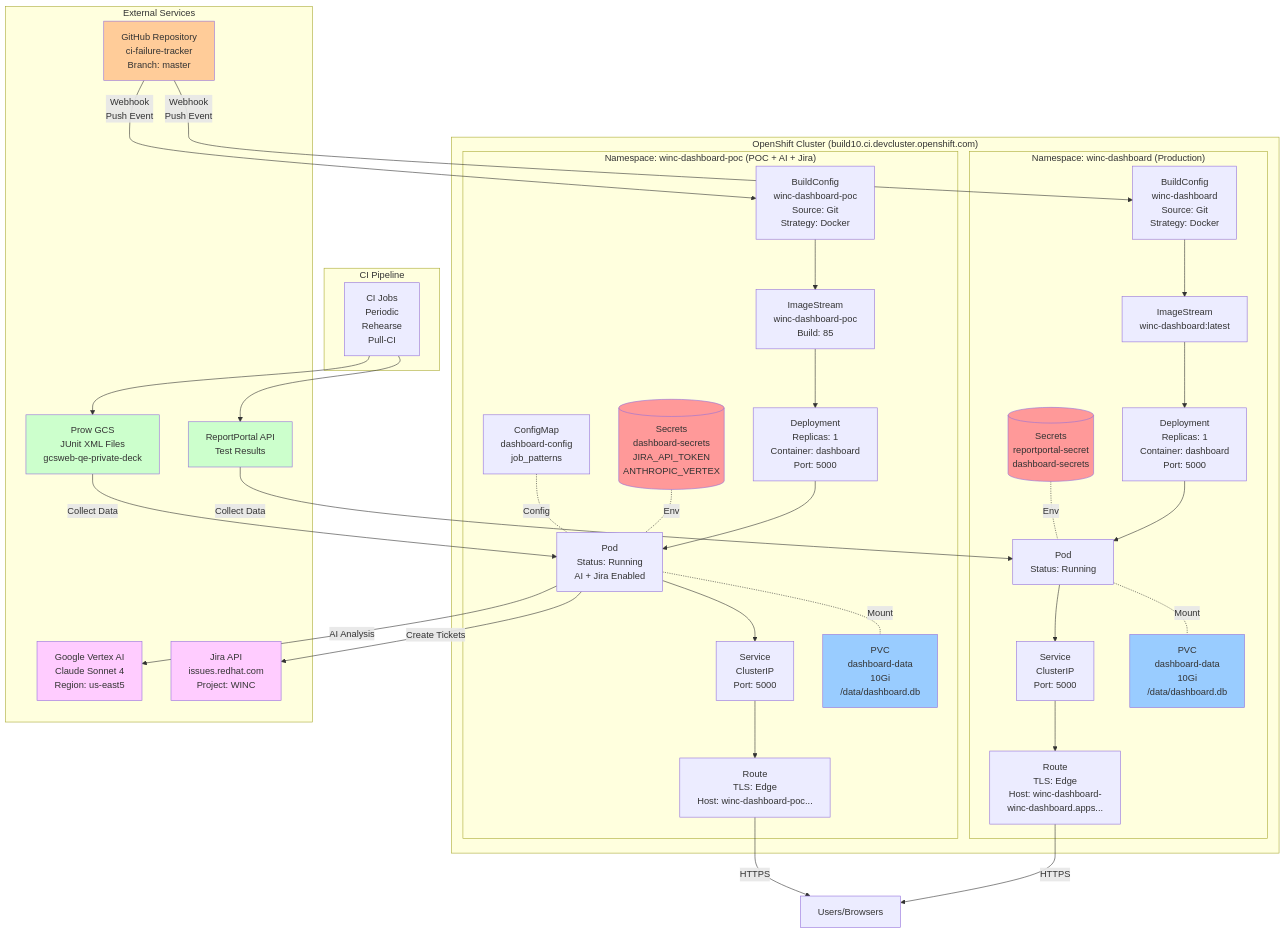
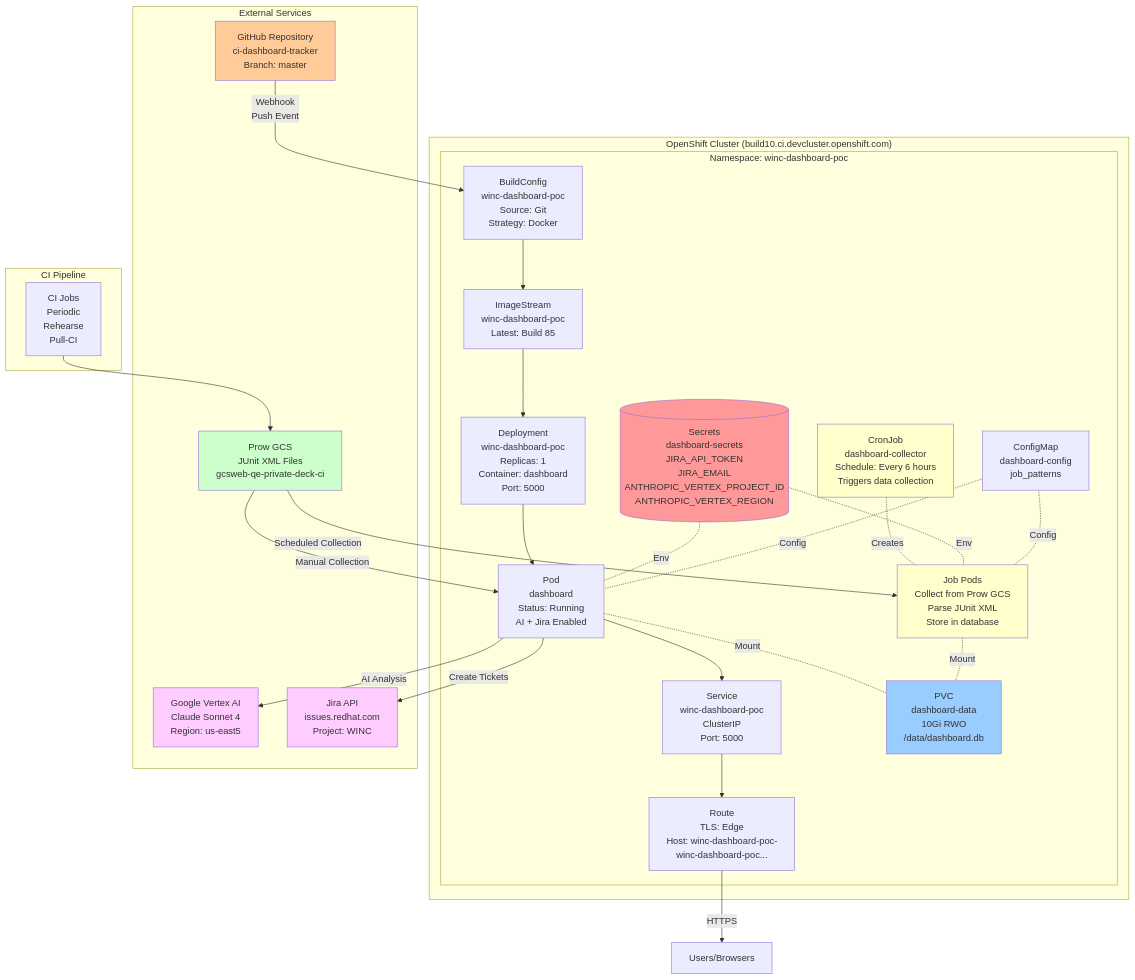
Before and after one commit to redhat-community-ai-tools/ci-dashboard-tracker: the diagram in diagrams/openshift-architecture.mmd, drawn with Mermaid. The commit also changed 6 other files, not shown here.

First line of the commit message:
Simplify architecture: single dashboard deployment, remove ReportPortal, add CronJob

```diff
--- a/diagrams/openshift-architecture.mmd
+++ b/diagrams/openshift-architecture.mmd
@@ -1,78 +1,65 @@
 graph TB
     subgraph "OpenShift Cluster (build10.ci.devcluster.openshift.com)"
-        subgraph "Namespace: winc-dashboard (Production)"
-            ProdSecrets[("Secrets<br/>reportportal-secret<br/>dashboard-secrets")]
-            ProdBuild[BuildConfig<br/>winc-dashboard<br/>Source: Git<br/>Strategy: Docker]
-            ProdImage[ImageStream<br/>winc-dashboard:latest]
-            ProdDeploy[Deployment<br/>Replicas: 1<br/>Container: dashboard<br/>Port: 5000]
-            ProdPod[Pod<br/>Status: Running]
-            ProdService[Service<br/>ClusterIP<br/>Port: 5000]
-            ProdRoute[Route<br/>TLS: Edge<br/>Host: winc-dashboard-<br/>winc-dashboard.apps...]
-            ProdPVC[PVC<br/>dashboard-data<br/>10Gi<br/>/data/dashboard.db]
+        subgraph "Namespace: winc-dashboard-poc"
+            Secrets[("Secrets<br/>dashboard-secrets<br/>JIRA_API_TOKEN<br/>JIRA_EMAIL<br/>ANTHROPIC_VERTEX_PROJECT_ID<br/>ANTHROPIC_VERTEX_REGION")]
+            Config[ConfigMap<br/>dashboard-config<br/>job_patterns]
 
-            ProdBuild --> ProdImage
-            ProdImage --> ProdDeploy
-            ProdDeploy --> ProdPod
-            ProdPod --> ProdService
-            ProdService --> ProdRoute
-            ProdPod -.Mount.- ProdPVC
-            ProdSecrets -.Env.- ProdPod
-        end
+            Build[BuildConfig<br/>winc-dashboard-poc<br/>Source: Git<br/>Strategy: Docker]
+            Image[ImageStream<br/>winc-dashboard-poc<br/>Latest: Build 85]
 
-        subgraph "Namespace: winc-dashboard-poc (POC + AI + Jira)"
-            POCSecrets[("Secrets<br/>dashboard-secrets<br/>JIRA_API_TOKEN<br/>ANTHROPIC_VERTEX")]
-            POCConfig[ConfigMap<br/>dashboard-config<br/>job_patterns]
-            POCBuild[BuildConfig<br/>winc-dashboard-poc<br/>Source: Git<br/>Strategy: Docker]
-            POCImage[ImageStream<br/>winc-dashboard-poc<br/>Build: 85]
-            POCDeploy[Deployment<br/>Replicas: 1<br/>Container: dashboard<br/>Port: 5000]
-            POCPod[Pod<br/>Status: Running<br/>AI + Jira Enabled]
-            POCService[Service<br/>ClusterIP<br/>Port: 5000]
-            POCRoute[Route<br/>TLS: Edge<br/>Host: winc-dashboard-poc...]
-            POCPVC[PVC<br/>dashboard-data<br/>10Gi<br/>/data/dashboard.db]
+            Deploy[Deployment<br/>winc-dashboard-poc<br/>Replicas: 1<br/>Container: dashboard<br/>Port: 5000]
+            Pod[Pod<br/>dashboard<br/>Status: Running<br/>AI + Jira Enabled]
 
-            POCBuild --> POCImage
-            POCImage --> POCDeploy
-            POCDeploy --> POCPod
-            POCPod --> POCService
-            POCService --> POCRoute
-            POCPod -.Mount.- POCPVC
-            POCSecrets -.Env.- POCPod
-            POCConfig -.Config.- POCPod
+            CronJob[CronJob<br/>dashboard-collector<br/>Schedule: Every 6 hours<br/>Triggers data collection]
+            CronPod[Job Pods<br/>Collect from Prow GCS<br/>Parse JUnit XML<br/>Store in database]
+
+            Service[Service<br/>winc-dashboard-poc<br/>ClusterIP<br/>Port: 5000]
+            Route[Route<br/>TLS: Edge<br/>Host: winc-dashboard-poc-<br/>winc-dashboard-poc...]
+
+            PVC[PVC<br/>dashboard-data<br/>10Gi RWO<br/>/data/dashboard.db]
+
+            Build --> Image
+            Image --> Deploy
+            Deploy --> Pod
+            Pod --> Service
+            Service --> Route
+            Pod -.Mount.- PVC
+            CronJob -.Creates.- CronPod
+            CronPod -.Mount.- PVC
+            Secrets -.Env.- Pod
+            Secrets -.Env.- CronPod
+            Config -.Config.- Pod
+            Config -.Config.- CronPod
         end
     end
 
     subgraph "External Services"
-        GitHub[GitHub Repository<br/>ci-failure-tracker<br/>Branch: master]
-        ReportPortal[ReportPortal API<br/>Test Results]
-        ProwGCS[Prow GCS<br/>JUnit XML Files<br/>gcsweb-qe-private-deck]
+        GitHub[GitHub Repository<br/>ci-dashboard-tracker<br/>Branch: master]
+        ProwGCS[Prow GCS<br/>JUnit XML Files<br/>gcsweb-qe-private-deck-ci]
         VertexAI[Google Vertex AI<br/>Claude Sonnet 4<br/>Region: us-east5]
         Jira[Jira API<br/>issues.redhat.com<br/>Project: WINC]
     end
 
     subgraph "CI Pipeline"
         CIJobs[CI Jobs<br/>Periodic<br/>Rehearse<br/>Pull-CI]
-        CIJobs --> ReportPortal
         CIJobs --> ProwGCS
     end
 
-    GitHub -->|Webhook<br/>Push Event| ProdBuild
-    GitHub -->|Webhook<br/>Push Event| POCBuild
+    GitHub -->|Webhook<br/>Push Event| Build
 
-    ReportPortal -->|Collect Data| ProdPod
-    ProwGCS -->|Collect Data| POCPod
+    ProwGCS -->|Scheduled Collection| CronPod
+    ProwGCS -->|Manual Collection| Pod
 
-    POCPod -->|AI Analysis| VertexAI
-    POCPod -->|Create Tickets| Jira
+    Pod -->|AI Analysis| VertexAI
+    Pod -->|Create Tickets| Jira
 
-    ProdRoute -->|HTTPS| Users[Users/Browsers]
-    POCRoute -->|HTTPS| Users
+    Route -->|HTTPS| Users[Users/Browsers]
 
-    style ProdSecrets fill:#ff9999
-    style POCSecrets fill:#ff9999
-    style ProdPVC fill:#99ccff
-    style POCPVC fill:#99ccff
+    style Secrets fill:#ff9999
+    style PVC fill:#99ccff
     style GitHub fill:#ffcc99
-    style ReportPortal fill:#ccffcc
     style ProwGCS fill:#ccffcc
     style VertexAI fill:#ffccff
     style Jira fill:#ffccff
+    style CronJob fill:#ffffcc
+    style CronPod fill:#ffffcc
```
